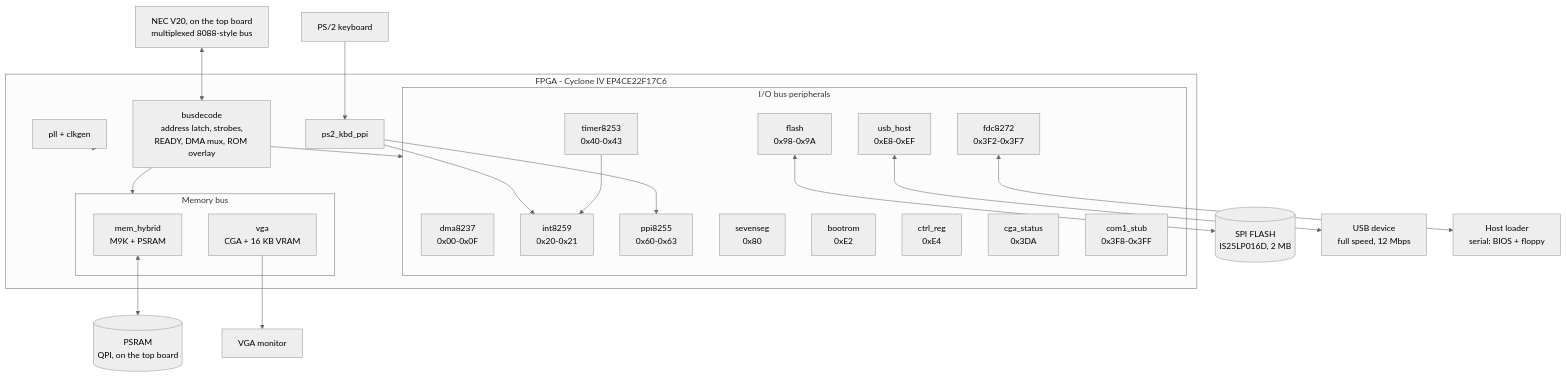
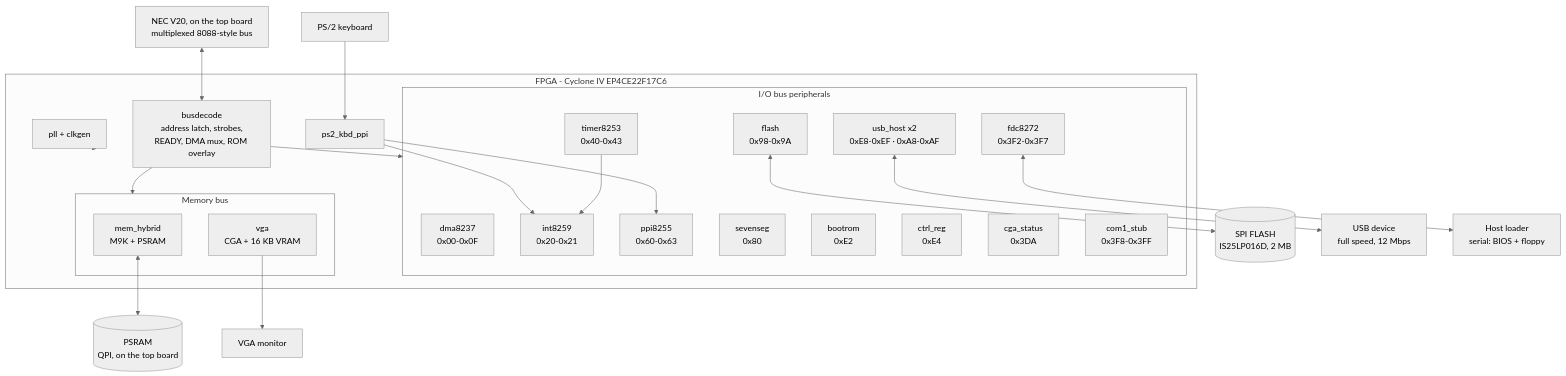
Before and after one commit to mathijsvandenberg/gertieboard: the diagram in docs/architecture.md, drawn with Mermaid (neutral theme). The commit also changed 5 other files, not shown here.

````diff
--- a/docs/architecture.md
+++ b/docs/architecture.md
@@ -14,52 +14,52 @@
 ```mermaid
 flowchart TB
     CPU["NEC V20, on the top board<br/>multiplexed 8088-style bus"]
 
     subgraph FPGA["FPGA - Cyclone IV EP4CE22F17C6"]
         BD["busdecode<br/>address latch, strobes,<br/>READY, DMA mux, ROM overlay"]
 
         subgraph IOB["I/O bus peripherals"]
             DMA["dma8237<br/>0x00-0x0F"]
             PIC["int8259<br/>0x20-0x21"]
             PIT["timer8253<br/>0x40-0x43"]
             PPI["ppi8255<br/>0x60-0x63"]
             SEG["sevenseg<br/>0x80"]
             SPI["flash<br/>0x98-0x9A"]
             BR["bootrom<br/>0xE2"]
             CR["ctrl_reg<br/>0xE4"]
             CST["cga_status<br/>0x3DA"]
             FDC["fdc8272<br/>0x3F2-0x3F7"]
             COM["com1_stub<br/>0x3F8-0x3FF"]
-            USB["usb_host<br/>0xE8-0xEF"]
+            USB["usb_host x2<br/>0xE8-0xEF · 0xA8-0xAF"]
         end
 
         subgraph MEMB["Memory bus"]
             MH["mem_hybrid<br/>M9K + PSRAM"]
             VGA["vga<br/>CGA + 16 KB VRAM"]
         end
 
         KBD["ps2_kbd_ppi"]
         CLK["pll + clkgen"]
     end
 
     RAM[("PSRAM<br/>QPI, on the top board")]
     FL[("SPI FLASH<br/>IS25LP016D, 2 MB")]
     DEV["USB device<br/>full speed, 12 Mbps"]
     MON["VGA monitor"]
     KB["PS/2 keyboard"]
     HOST["Host loader<br/>serial: BIOS + floppy"]
 
     CPU <--> BD
     BD --> IOB
     BD --> MEMB
     MH <--> RAM
     SPI <--> FL
     USB <--> DEV
     VGA --> MON
     KB --> KBD
     KBD --> PPI
     KBD --> PIC
     FDC <--> HOST
     PIT --> PIC
     CLK --> FPGA
 ```
````
